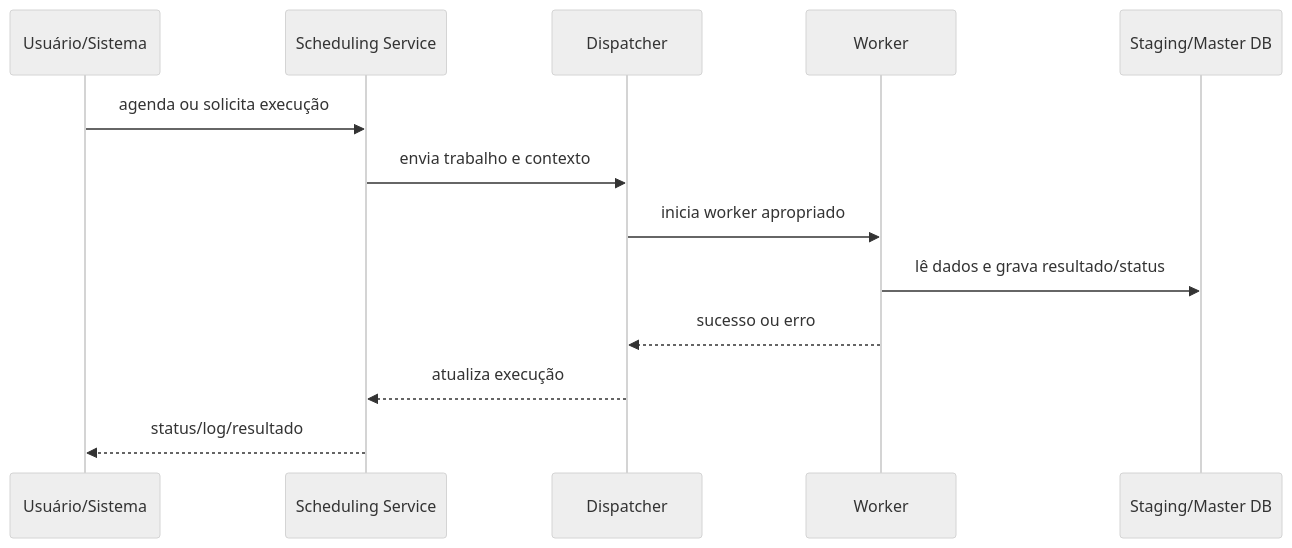
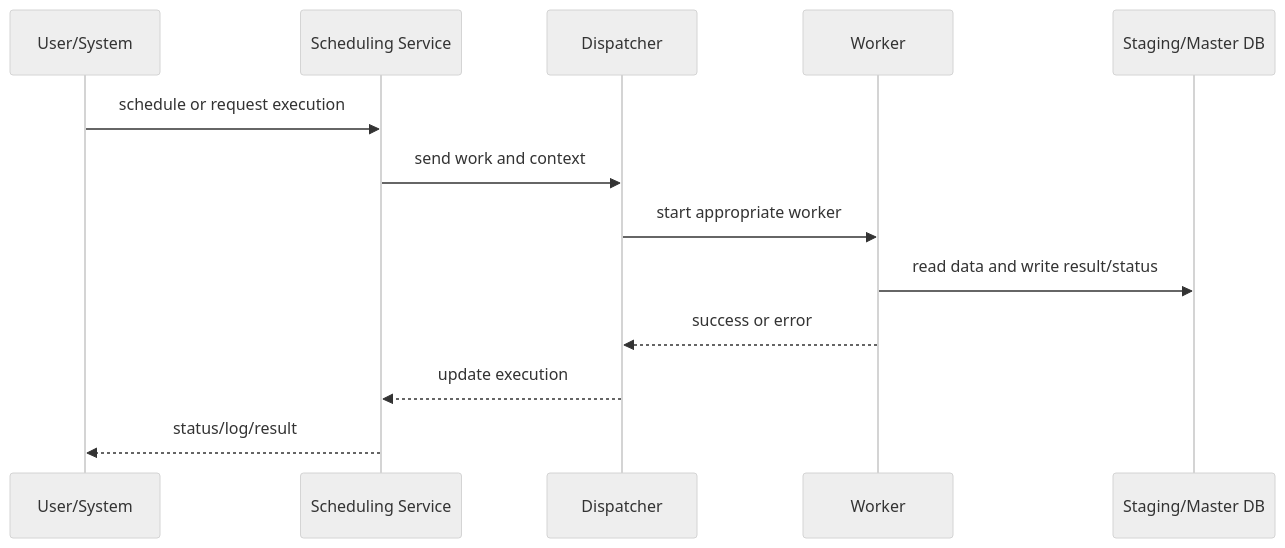
Before and after one commit to msekimoto/investran: the diagram in docs/arquitetura/02-application-server.md, drawn with Mermaid (neutral theme). The commit also changed other lines of this file and 52 other files, not shown here.

````diff
--- a/docs/arquitetura/02-application-server.md
+++ b/docs/arquitetura/02-application-server.md
@@ -9,16 +9,15 @@
 ```mermaid
 sequenceDiagram
-    participant U as Usuário/Sistema
+    participant U as User/System
     participant S as Scheduling Service
     participant D as Dispatcher
     participant W as Worker
     participant G as Staging/Master DB
-
-    U->>S: agenda ou solicita execução
-    S->>D: envia trabalho e contexto
-    D->>W: inicia worker apropriado
-    W->>G: lê dados e grava resultado/status
-    W-->>D: sucesso ou erro
-    D-->>S: atualiza execução
-    S-->>U: status/log/resultado
+    U->>S: schedule or request execution
+    S->>D: send work and context
+    D->>W: start appropriate worker
+    W->>G: read data and write result/status
+    W-->>D: success or error
+    D-->>S: update execution
+    S-->>U: status/log/result
 ```
````
